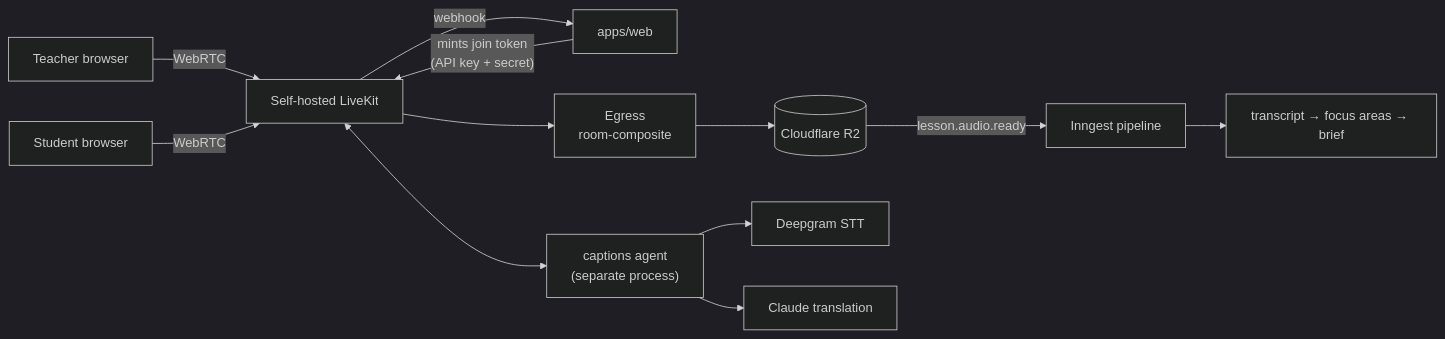
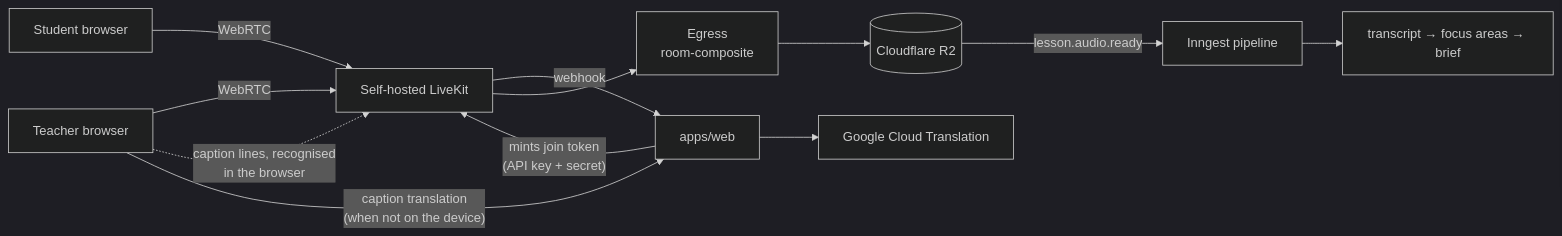
Before and after one commit to jaystewartuk/spiralclass: the second of 2 diagrams in docs/architecture/overview.md, drawn with Mermaid (dark theme). The commit also changed other lines of this file and 111 other files, not shown here.

````diff
--- a/docs/architecture/overview.md
+++ b/docs/architecture/overview.md
@@ -184,14 +177,14 @@
 ```mermaid
 graph LR
     T["Teacher browser"] -- WebRTC --> LK["Self-hosted LiveKit"]
     S["Student browser"] -- WebRTC --> LK
     W["apps/web"] -- "mints join token<br/>(API key + secret)" --> LK
     LK -- webhook --> W
     LK --> EG["Egress<br/>room-composite"]
     EG --> R2[("Cloudflare R2")]
-    LK <--> CA["captions agent<br/>(separate process)"]
-    CA --> STT["Deepgram STT"]
-    CA --> TR["Claude translation"]
+    T -. "caption lines, recognised<br/>in the browser" .-> LK
+    T -- "caption translation<br/>(when not on the device)" --> W
+    W --> GT["Google Cloud Translation"]
     R2 -- "lesson.audio.ready" --> IN["Inngest pipeline"]
     IN --> INS["transcript → focus areas → brief"]
 ```
````
